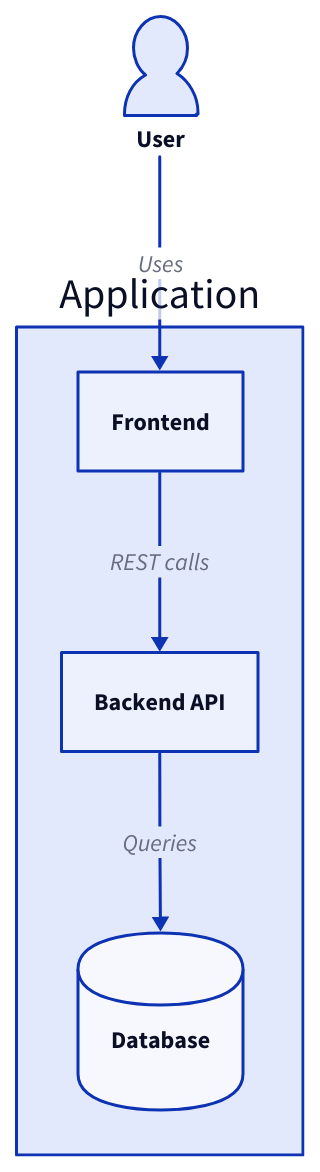
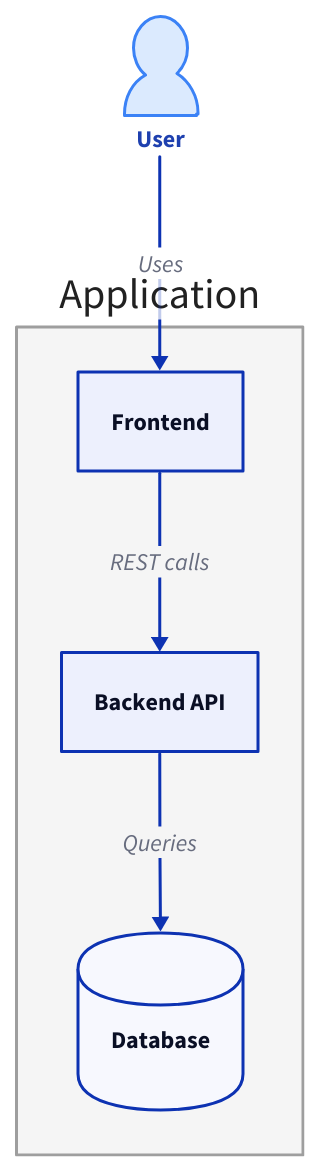
One commit to smileynet/ui-optimizer changed the seventh of 9 diagrams in docs/reference/diagram-comparison.md. Above: the diagram before and after it, drawn with D2. The commit also changed other lines of this file and 1 other file, not shown here.

````diff
--- a/docs/reference/diagram-comparison.md
+++ b/docs/reference/diagram-comparison.md
@@ -204,19 +316,38 @@
 ```d2
 # This would render in sketch mode if configured
 
+classes: {
+  user-class: {
+    style: {
+      fill: "#DBEAFE"
+      stroke: "#3B82F6"
+      font-color: "#1E40AF"
+    }
+  }
+  app-class: {
+    style: {
+      fill: "#F5F5F5"
+      stroke: "#9E9E9E"
+      font-color: "#212121"
+    }
+  }
+}
+
 user: User {
   shape: person
+  class: user-class
 }
 
 app: Application {
+  class: app-class
   ui: Frontend
   api: Backend API
   db: Database {
     shape: cylinder
   }
 }
 
 user -> app.ui: Uses
 app.ui -> app.api: REST calls
 app.api -> app.db: Queries
 ```
````
